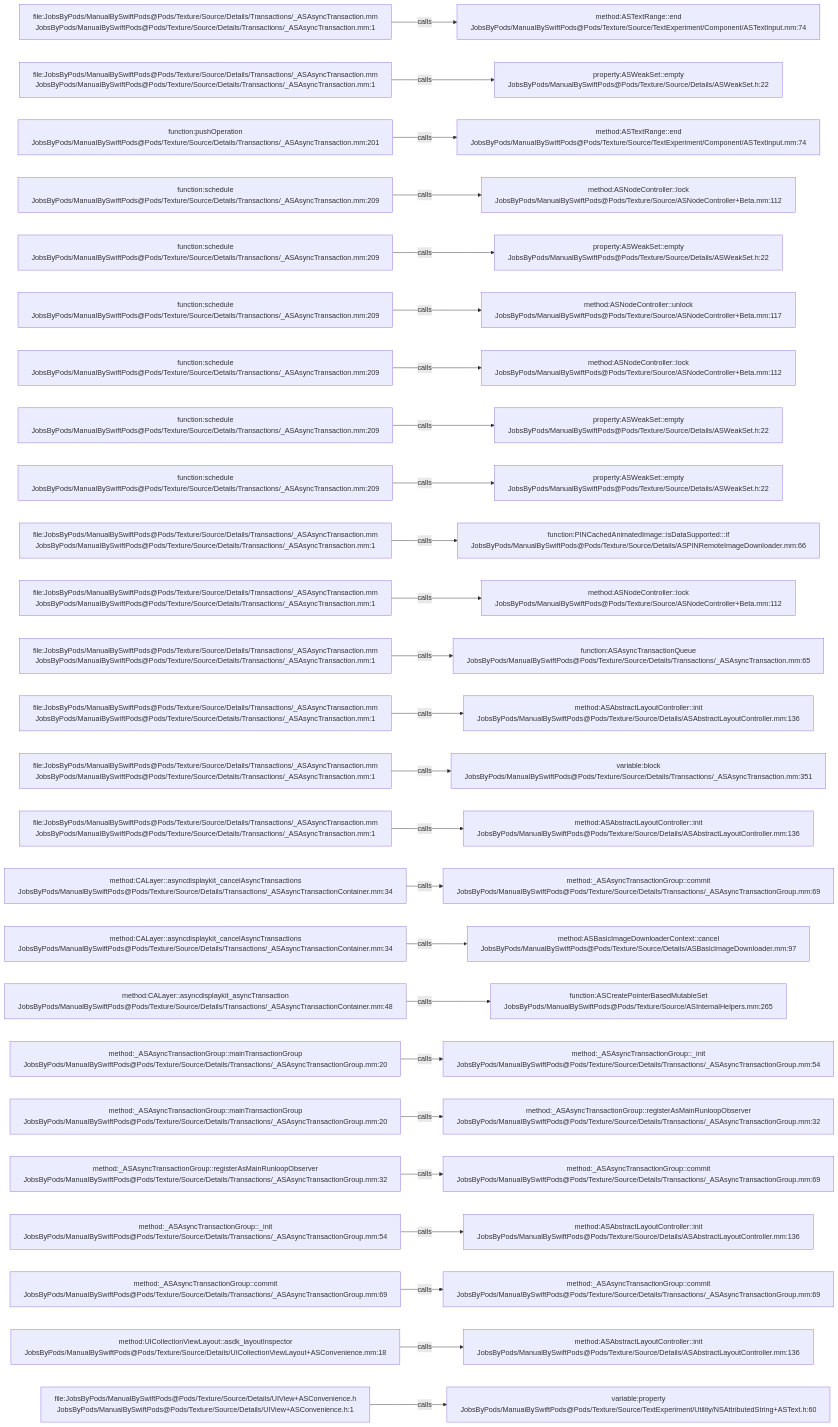
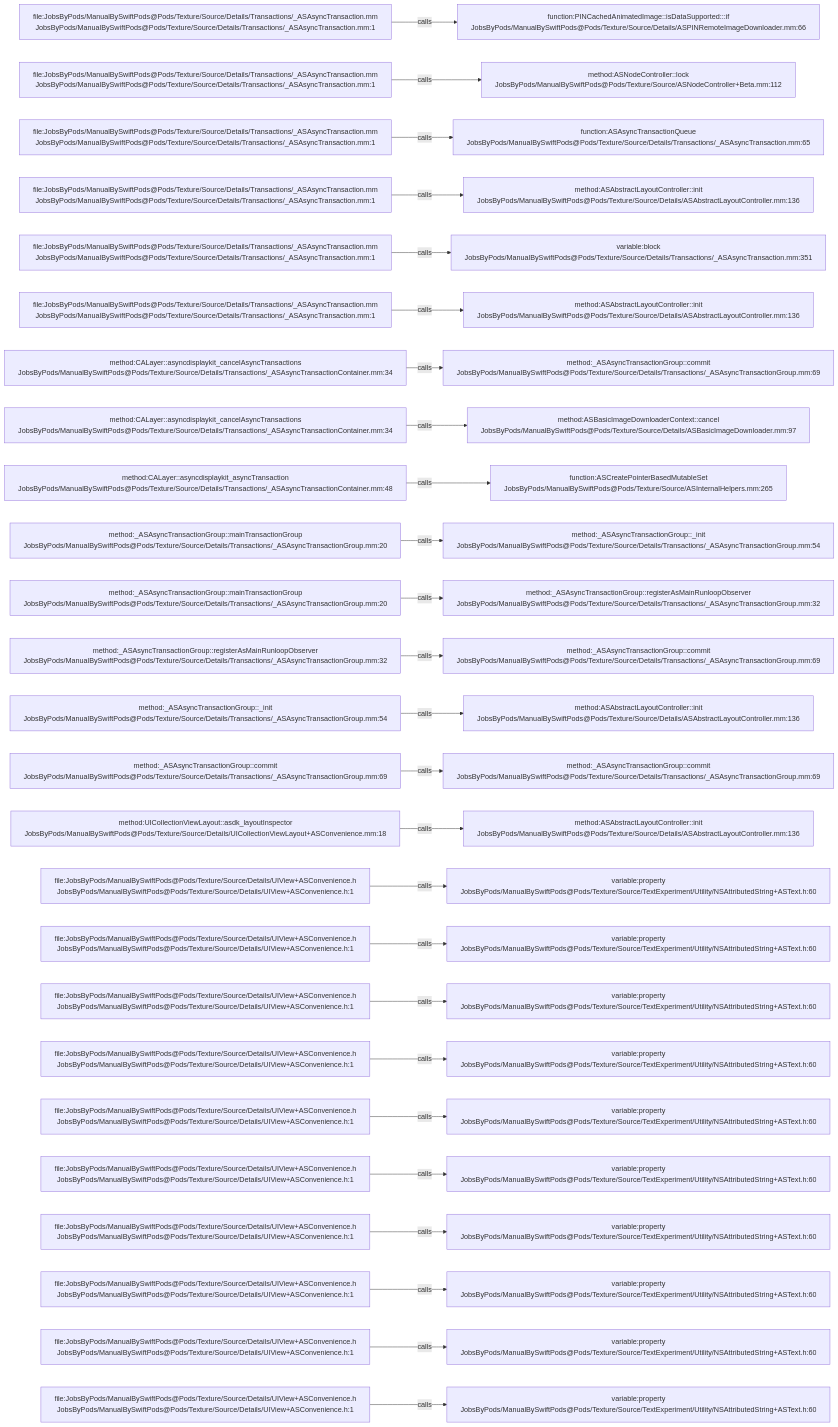
Before and after one commit to JobsKits/JobsSwiftBaseConfigDemo: the diagram in .codegraph/codegraph.md/graphs/calls-099.md, drawn with Mermaid. The commit also changed 707 other files, not shown here.

````diff
--- a/.codegraph/codegraph.md/graphs/calls-099.md
+++ b/.codegraph/codegraph.md/graphs/calls-099.md
@@ -13,78 +13,78 @@
 ```mermaid
 flowchart LR
   S1["file:JobsByPods/ManualBySwiftPods@Pods/Texture/Source/Details/Transactions/_ASAsyncTransaction.mm<br/>JobsByPods/ManualBySwiftPods@Pods/Texture/Source/Details/Transactions/_ASAsyncTransaction.mm:1"]
-  T1["method:ASTextRange::end<br/>JobsByPods/ManualBySwiftPods@Pods/Texture/Source/TextExperiment/Component/ASTextInput.mm:74"]
+  T1["function:PINCachedAnimatedImage::isDataSupported:::if<br/>JobsByPods/ManualBySwiftPods@Pods/Texture/Source/Details/ASPINRemoteImageDownloader.mm:66"]
   S1 -->|calls| T1
   S2["file:JobsByPods/ManualBySwiftPods@Pods/Texture/Source/Details/Transactions/_ASAsyncTransaction.mm<br/>JobsByPods/ManualBySwiftPods@Pods/Texture/Source/Details/Transactions/_ASAsyncTransaction.mm:1"]
-  T2["property:ASWeakSet::empty<br/>JobsByPods/ManualBySwiftPods@Pods/Texture/Source/Details/ASWeakSet.h:22"]
+  T2["method:ASNodeController::lock<br/>JobsByPods/ManualBySwiftPods@Pods/Texture/Source/ASNodeController+Beta.mm:112"]
   S2 -->|calls| T2
-  S3["function:pushOperation<br/>JobsByPods/ManualBySwiftPods@Pods/Texture/Source/Details/Transactions/_ASAsyncTransaction.mm:201"]
-  T3["method:ASTextRange::end<br/>JobsByPods/ManualBySwiftPods@Pods/Texture/Source/TextExperiment/Component/ASTextInput.mm:74"]
+  S3["file:JobsByPods/ManualBySwiftPods@Pods/Texture/Source/Details/Transactions/_ASAsyncTransaction.mm<br/>JobsByPods/ManualBySwiftPods@Pods/Texture/Source/Details/Transactions/_ASAsyncTransaction.mm:1"]
+  T3["function:ASAsyncTransactionQueue<br/>JobsByPods/ManualBySwiftPods@Pods/Texture/Source/Details/Transactions/_ASAsyncTransaction.mm:65"]
   S3 -->|calls| T3
-  S4["function:schedule<br/>JobsByPods/ManualBySwiftPods@Pods/Texture/Source/Details/Transactions/_ASAsyncTransaction.mm:209"]
-  T4["method:ASNodeController::lock<br/>JobsByPods/ManualBySwiftPods@Pods/Texture/Source/ASNodeController+Beta.mm:112"]
+  S4["file:JobsByPods/ManualBySwiftPods@Pods/Texture/Source/Details/Transactions/_ASAsyncTransaction.mm<br/>JobsByPods/ManualBySwiftPods@Pods/Texture/Source/Details/Transactions/_ASAsyncTransaction.mm:1"]
+  T4["method:ASAbstractLayoutController::init<br/>JobsByPods/ManualBySwiftPods@Pods/Texture/Source/Details/ASAbstractLayoutController.mm:136"]
   S4 -->|calls| T4
-  S5["function:schedule<br/>JobsByPods/ManualBySwiftPods@Pods/Texture/Source/Details/Transactions/_ASAsyncTransaction.mm:209"]
-  T5["property:ASWeakSet::empty<br/>JobsByPods/ManualBySwiftPods@Pods/Texture/Source/Details/ASWeakSet.h:22"]
+  S5["file:JobsByPods/ManualBySwiftPods@Pods/Texture/Source/Details/Transactions/_ASAsyncTransaction.mm<br/>JobsByPods/ManualBySwiftPods@Pods/Texture/Source/Details/Transactions/_ASAsyncTransaction.mm:1"]
+  T5["variable:block<br/>JobsByPods/ManualBySwiftPods@Pods/Texture/Source/Details/Transactions/_ASAsyncTransaction.mm:351"]
   S5 -->|calls| T5
-  S6["function:schedule<br/>JobsByPods/ManualBySwiftPods@Pods/Texture/Source/Details/Transactions/_ASAsyncTransaction.mm:209"]
-  T6["method:ASNodeController::unlock<br/>JobsByPods/ManualBySwiftPods@Pods/Texture/Source/ASNodeController+Beta.mm:117"]
+  S6["file:JobsByPods/ManualBySwiftPods@Pods/Texture/Source/Details/Transactions/_ASAsyncTransaction.mm<br/>JobsByPods/ManualBySwiftPods@Pods/Texture/Source/Details/Transactions/_ASAsyncTransaction.mm:1"]
+  T6["method:ASAbstractLayoutController::init<br/>JobsByPods/ManualBySwiftPods@Pods/Texture/Source/Details/ASAbstractLayoutController.mm:136"]
   S6 -->|calls| T6
-  S7["function:schedule<br/>JobsByPods/ManualBySwiftPods@Pods/Texture/Source/Details/Transactions/_ASAsyncTransaction.mm:209"]
-  T7["method:ASNodeController::lock<br/>JobsByPods/ManualBySwiftPods@Pods/Texture/Source/ASNodeController+Beta.mm:112"]
+  S7["method:CALayer::asyncdisplaykit_cancelAsyncTransactions<br/>JobsByPods/ManualBySwiftPods@Pods/Texture/Source/Details/Transactions/_ASAsyncTransactionContainer.mm:34"]
+  T7["method:_ASAsyncTransactionGroup::commit<br/>JobsByPods/ManualBySwiftPods@Pods/Texture/Source/Details/Transactions/_ASAsyncTransactionGroup.mm:69"]
   S7 -->|calls| T7
-  S8["function:schedule<br/>JobsByPods/ManualBySwiftPods@Pods/Texture/Source/Details/Transactions/_ASAsyncTransaction.mm:209"]
-  T8["property:ASWeakSet::empty<br/>JobsByPods/ManualBySwiftPods@Pods/Texture/Source/Details/ASWeakSet.h:22"]
+  S8["method:CALayer::asyncdisplaykit_cancelAsyncTransactions<br/>JobsByPods/ManualBySwiftPods@Pods/Texture/Source/Details/Transactions/_ASAsyncTransactionContainer.mm:34"]
+  T8["method:ASBasicImageDownloaderContext::cancel<br/>JobsByPods/ManualBySwiftPods@Pods/Texture/Source/Details/ASBasicImageDownloader.mm:97"]
   S8 -->|calls| T8
-  S9["function:schedule<br/>JobsByPods/ManualBySwiftPods@Pods/Texture/Source/Details/Transactions/_ASAsyncTransaction.mm:209"]
-  T9["property:ASWeakSet::empty<br/>JobsByPods/ManualBySwiftPods@Pods/Texture/Source/Details/ASWeakSet.h:22"]
+  S9["method:CALayer::asyncdisplaykit_asyncTransaction<br/>JobsByPods/ManualBySwiftPods@Pods/Texture/Source/Details/Transactions/_ASAsyncTransactionContainer.mm:48"]
+  T9["function:ASCreatePointerBasedMutableSet<br/>JobsByPods/ManualBySwiftPods@Pods/Texture/Source/ASInternalHelpers.mm:265"]
   S9 -->|calls| T9
-  S10["file:JobsByPods/ManualBySwiftPods@Pods/Texture/Source/Details/Transactions/_ASAsyncTransaction.mm<br/>JobsByPods/ManualBySwiftPods@Pods/Texture/Source/Details/Transactions/_ASAsyncTransaction.mm:1"]
-  T10["function:PINCachedAnimatedImage::isDataSupported:::if<br/>JobsByPods/ManualBySwiftPods@Pods/Texture/Source/Details/ASPINRemoteImageDownloader.mm:66"]
+  S10["method:_ASAsyncTransactionGroup::mainTransactionGroup<br/>JobsByPods/ManualBySwiftPods@Pods/Texture/Source/Details/Transactions/_ASAsyncTransactionGroup.mm:20"]
+  T10["method:_ASAsyncTransactionGroup::_init<br/>JobsByPods/ManualBySwiftPods@Pods/Texture/Source/Details/Transactions/_ASAsyncTransactionGroup.mm:54"]
   S10 -->|calls| T10
-  S11["file:JobsByPods/ManualBySwiftPods@Pods/Texture/Source/Details/Transactions/_ASAsyncTransaction.mm<br/>JobsByPods/ManualBySwiftPods@Pods/Texture/Source/Details/Transactions/_ASAsyncTransaction.mm:1"]
-  T11["method:ASNodeController::lock<br/>JobsByPods/ManualBySwiftPods@Pods/Texture/Source/ASNodeController+Beta.mm:112"]
+  S11["method:_ASAsyncTransactionGroup::mainTransactionGroup<br/>JobsByPods/ManualBySwiftPods@Pods/Texture/Source/Details/Transactions/_ASAsyncTransactionGroup.mm:20"]
+  T11["method:_ASAsyncTransactionGroup::registerAsMainRunloopObserver<br/>JobsByPods/ManualBySwiftPods@Pods/Texture/Source/Details/Transactions/_ASAsyncTransactionGroup.mm:32"]
   S11 -->|calls| T11
-  S12["file:JobsByPods/ManualBySwiftPods@Pods/Texture/Source/Details/Transactions/_ASAsyncTransaction.mm<br/>JobsByPods/ManualBySwiftPods@Pods/Texture/Source/Details/Transactions/_ASAsyncTransaction.mm:1"]
-  T12["function:ASAsyncTransactionQueue<br/>JobsByPods/ManualBySwiftPods@Pods/Texture/Source/Details/Transactions/_ASAsyncTransaction.mm:65"]
+  S12["method:_ASAsyncTransactionGroup::registerAsMainRunloopObserver<br/>JobsByPods/ManualBySwiftPods@Pods/Texture/Source/Details/Transactions/_ASAsyncTransactionGroup.mm:32"]
+  T12["method:_ASAsyncTransactionGroup::commit<br/>JobsByPods/ManualBySwiftPods@Pods/Texture/Source/Details/Transactions/_ASAsyncTransactionGroup.mm:69"]
   S12 -->|calls| T12
-  S13["file:JobsByPods/ManualBySwiftPods@Pods/Texture/Source/Details/Transactions/_ASAsyncTransaction.mm<br/>JobsByPods/ManualBySwiftPods@Pods/Texture/Source/Details/Transactions/_ASAsyncTransaction.mm:1"]
+  S13["method:_ASAsyncTransactionGroup::_init<br/>JobsByPods/ManualBySwiftPods@Pods/Texture/Source/Details/Transactions/_ASAsyncTransactionGroup.mm:54"]
   T13["method:ASAbstractLayoutController::init<br/>JobsByPods/ManualBySwiftPods@Pods/Texture/Source/Details/ASAbstractLayoutController.mm:136"]
   S13 -->|calls| T13
-  S14["file:JobsByPods/ManualBySwiftPods@Pods/Texture/Source/Details/Transactions/_ASAsyncTransaction.mm<br/>JobsByPods/ManualBySwiftPods@Pods/Texture/Source/Details/Transactions/_ASAsyncTransaction.mm:1"]
-  T14["variable:block<br/>JobsByPods/ManualBySwiftPods@Pods/Texture/Source/Details/Transactions/_ASAsyncTransaction.mm:351"]
+  S14["method:_ASAsyncTransactionGroup::commit<br/>JobsByPods/ManualBySwiftPods@Pods/Texture/Source/Details/Transactions/_ASAsyncTransactionGroup.mm:69"]
+  T14["method:_ASAsyncTransactionGroup::commit<br/>JobsByPods/ManualBySwiftPods@Pods/Texture/Source/Details/Transactions/_ASAsyncTransactionGroup.mm:69"]
   S14 -->|calls| T14
-  S15["file:JobsByPods/ManualBySwiftPods@Pods/Texture/Source/Details/Transactions/_ASAsyncTransaction.mm<br/>JobsByPods/ManualBySwiftPods@Pods/Texture/Source/Details/Transactions/_ASAsyncTransaction.mm:1"]
+  S15["method:UICollectionViewLayout::asdk_layoutInspector<br/>JobsByPods/ManualBySwiftPods@Pods/Texture/Source/Details/UICollectionViewLayout+ASConvenience.mm:18"]
   T15["method:ASAbstractLayoutController::init<br/>JobsByPods/ManualBySwiftPods@Pods/Texture/Source/Details/ASAbstractLayoutController.mm:136"]
   S15 -->|calls| T15
-  S16["method:CALayer::asyncdisplaykit_cancelAsyncTransactions<br/>JobsByPods/ManualBySwiftPods@Pods/Texture/Source/Details/Transactions/_ASAsyncTransactionContainer.mm:34"]
-  T16["method:_ASAsyncTransactionGroup::commit<br/>JobsByPods/ManualBySwiftPods@Pods/Texture/Source/Details/Transactions/_ASAsyncTransactionGroup.mm:69"]
+  S16["file:JobsByPods/ManualBySwiftPods@Pods/Texture/Source/Details/UIView+ASConvenience.h<br/>JobsByPods/ManualBySwiftPods@Pods/Texture/Source/Details/UIView+ASConvenience.h:1"]
+  T16["variable:property<br/>JobsByPods/ManualBySwiftPods@Pods/Texture/Source/TextExperiment/Utility/NSAttributedString+ASText.h:60"]
   S16 -->|calls| T16
-  S17["method:CALayer::asyncdisplaykit_cancelAsyncTransactions<br/>JobsByPods/ManualBySwiftPods@Pods/Texture/Source/Details/Transactions/_ASAsyncTransactionContainer.mm:34"]
-  T17["method:ASBasicImageDownloaderContext::cancel<br/>JobsByPods/ManualBySwiftPods@Pods/Texture/Source/Details/ASBasicImageDownloader.mm:97"]
+  S17["file:JobsByPods/ManualBySwiftPods@Pods/Texture/Source/Details/UIView+ASConvenience.h<br/>JobsByPods/ManualBySwiftPods@Pods/Texture/Source/Details/UIView+ASConvenience.h:1"]
+  T17["variable:property<br/>JobsByPods/ManualBySwiftPods@Pods/Texture/Source/TextExperiment/Utility/NSAttributedString+ASText.h:60"]
   S17 -->|calls| T17
-  S18["method:CALayer::asyncdisplaykit_asyncTransaction<br/>JobsByPods/ManualBySwiftPods@Pods/Texture/Source/Details/Transactions/_ASAsyncTransactionContainer.mm:48"]
-  T18["function:ASCreatePointerBasedMutableSet<br/>JobsByPods/ManualBySwiftPods@Pods/Texture/Source/ASInternalHelpers.mm:265"]
+  S18["file:JobsByPods/ManualBySwiftPods@Pods/Texture/Source/Details/UIView+ASConvenience.h<br/>JobsByPods/ManualBySwiftPods@Pods/Texture/Source/Details/UIView+ASConvenience.h:1"]
+  T18["variable:property<br/>JobsByPods/ManualBySwiftPods@Pods/Texture/Source/TextExperiment/Utility/NSAttributedString+ASText.h:60"]
   S18 -->|calls| T18
-  S19["method:_ASAsyncTransactionGroup::mainTransactionGroup<br/>JobsByPods/ManualBySwiftPods@Pods/Texture/Source/Details/Transactions/_ASAsyncTransactionGroup.mm:20"]
-  T19["method:_ASAsyncTransactionGroup::_init<br/>JobsByPods/ManualBySwiftPods@Pods/Texture/Source/Details/Transactions/_ASAsyncTransactionGroup.mm:54"]
+  S19["file:JobsByPods/ManualBySwiftPods@Pods/Texture/Source/Details/UIView+ASConvenience.h<br/>JobsByPods/ManualBySwiftPods@Pods/Texture/Source/Details/UIView+ASConvenience.h:1"]
+  T19["variable:property<br/>JobsByPods/ManualBySwiftPods@Pods/Texture/Source/TextExperiment/Utility/NSAttributedString+ASText.h:60"]
   S19 -->|calls| T19
-  S20["method:_ASAsyncTransactionGroup::mainTransactionGroup<br/>JobsByPods/ManualBySwiftPods@Pods/Texture/Source/Details/Transactions/_ASAsyncTransactionGroup.mm:20"]
-  T20["method:_ASAsyncTransactionGroup::registerAsMainRunloopObserver<br/>JobsByPods/ManualBySwiftPods@Pods/Texture/Source/Details/Transactions/_ASAsyncTransactionGroup.mm:32"]
+  S20["file:JobsByPods/ManualBySwiftPods@Pods/Texture/Source/Details/UIView+ASConvenience.h<br/>JobsByPods/ManualBySwiftPods@Pods/Texture/Source/Details/UIView+ASConvenience.h:1"]
+  T20["variable:property<br/>JobsByPods/ManualBySwiftPods@Pods/Texture/Source/TextExperiment/Utility/NSAttributedString+ASText.h:60"]
   S20 -->|calls| T20
-  S21["method:_ASAsyncTransactionGroup::registerAsMainRunloopObserver<br/>JobsByPods/ManualBySwiftPods@Pods/Texture/Source/Details/Transactions/_ASAsyncTransactionGroup.mm:32"]
-  T21["method:_ASAsyncTransactionGroup::commit<br/>JobsByPods/ManualBySwiftPods@Pods/Texture/Source/Details/Transactions/_ASAsyncTransactionGroup.mm:69"]
+  S21["file:JobsByPods/ManualBySwiftPods@Pods/Texture/Source/Details/UIView+ASConvenience.h<br/>JobsByPods/ManualBySwiftPods@Pods/Texture/Source/Details/UIView+ASConvenience.h:1"]
+  T21["variable:property<br/>JobsByPods/ManualBySwiftPods@Pods/Texture/Source/TextExperiment/Utility/NSAttributedString+ASText.h:60"]
   S21 -->|calls| T21
-  S22["method:_ASAsyncTransactionGroup::_init<br/>JobsByPods/ManualBySwiftPods@Pods/Texture/Source/Details/Transactions/_ASAsyncTransactionGroup.mm:54"]
-  T22["method:ASAbstractLayoutController::init<br/>JobsByPods/ManualBySwiftPods@Pods/Texture/Source/Details/ASAbstractLayoutController.mm:136"]
+  S22["file:JobsByPods/ManualBySwiftPods@Pods/Texture/Source/Details/UIView+ASConvenience.h<br/>JobsByPods/ManualBySwiftPods@Pods/Texture/Source/Details/UIView+ASConvenience.h:1"]
+  T22["variable:property<br/>JobsByPods/ManualBySwiftPods@Pods/Texture/Source/TextExperiment/Utility/NSAttributedString+ASText.h:60"]
   S22 -->|calls| T22
-  S23["method:_ASAsyncTransactionGroup::commit<br/>JobsByPods/ManualBySwiftPods@Pods/Texture/Source/Details/Transactions/_ASAsyncTransactionGroup.mm:69"]
-  T23["method:_ASAsyncTransactionGroup::commit<br/>JobsByPods/ManualBySwiftPods@Pods/Texture/Source/Details/Transactions/_ASAsyncTransactionGroup.mm:69"]
+  S23["file:JobsByPods/ManualBySwiftPods@Pods/Texture/Source/Details/UIView+ASConvenience.h<br/>JobsByPods/ManualBySwiftPods@Pods/Texture/Source/Details/UIView+ASConvenience.h:1"]
+  T23["variable:property<br/>JobsByPods/ManualBySwiftPods@Pods/Texture/Source/TextExperiment/Utility/NSAttributedString+ASText.h:60"]
   S23 -->|calls| T23
-  S24["method:UICollectionViewLayout::asdk_layoutInspector<br/>JobsByPods/ManualBySwiftPods@Pods/Texture/Source/Details/UICollectionViewLayout+ASConvenience.mm:18"]
-  T24["method:ASAbstractLayoutController::init<br/>JobsByPods/ManualBySwiftPods@Pods/Texture/Source/Details/ASAbstractLayoutController.mm:136"]
+  S24["file:JobsByPods/ManualBySwiftPods@Pods/Texture/Source/Details/UIView+ASConvenience.h<br/>JobsByPods/ManualBySwiftPods@Pods/Texture/Source/Details/UIView+ASConvenience.h:1"]
+  T24["variable:property<br/>JobsByPods/ManualBySwiftPods@Pods/Texture/Source/TextExperiment/Utility/NSAttributedString+ASText.h:60"]
   S24 -->|calls| T24
   S25["file:JobsByPods/ManualBySwiftPods@Pods/Texture/Source/Details/UIView+ASConvenience.h<br/>JobsByPods/ManualBySwiftPods@Pods/Texture/Source/Details/UIView+ASConvenience.h:1"]
   T25["variable:property<br/>JobsByPods/ManualBySwiftPods@Pods/Texture/Source/TextExperiment/Utility/NSAttributedString+ASText.h:60"]
   S25 -->|calls| T25
 ```
````
